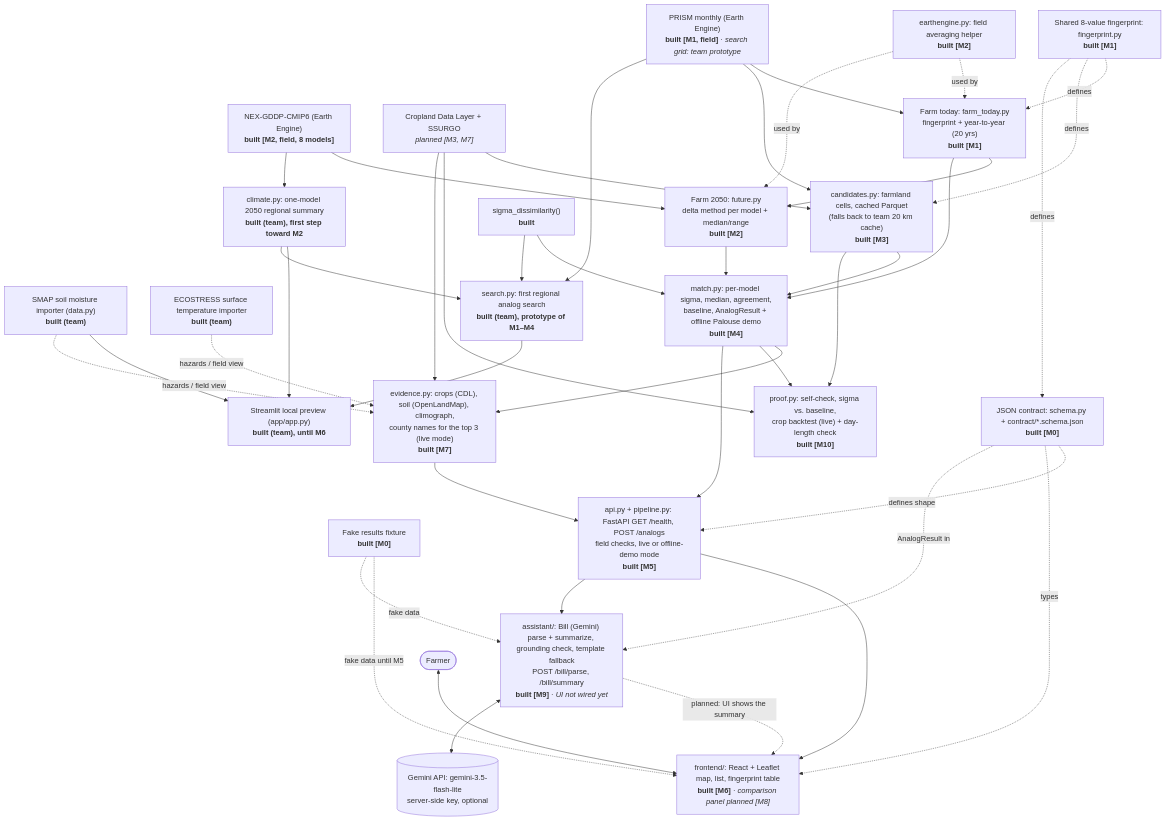
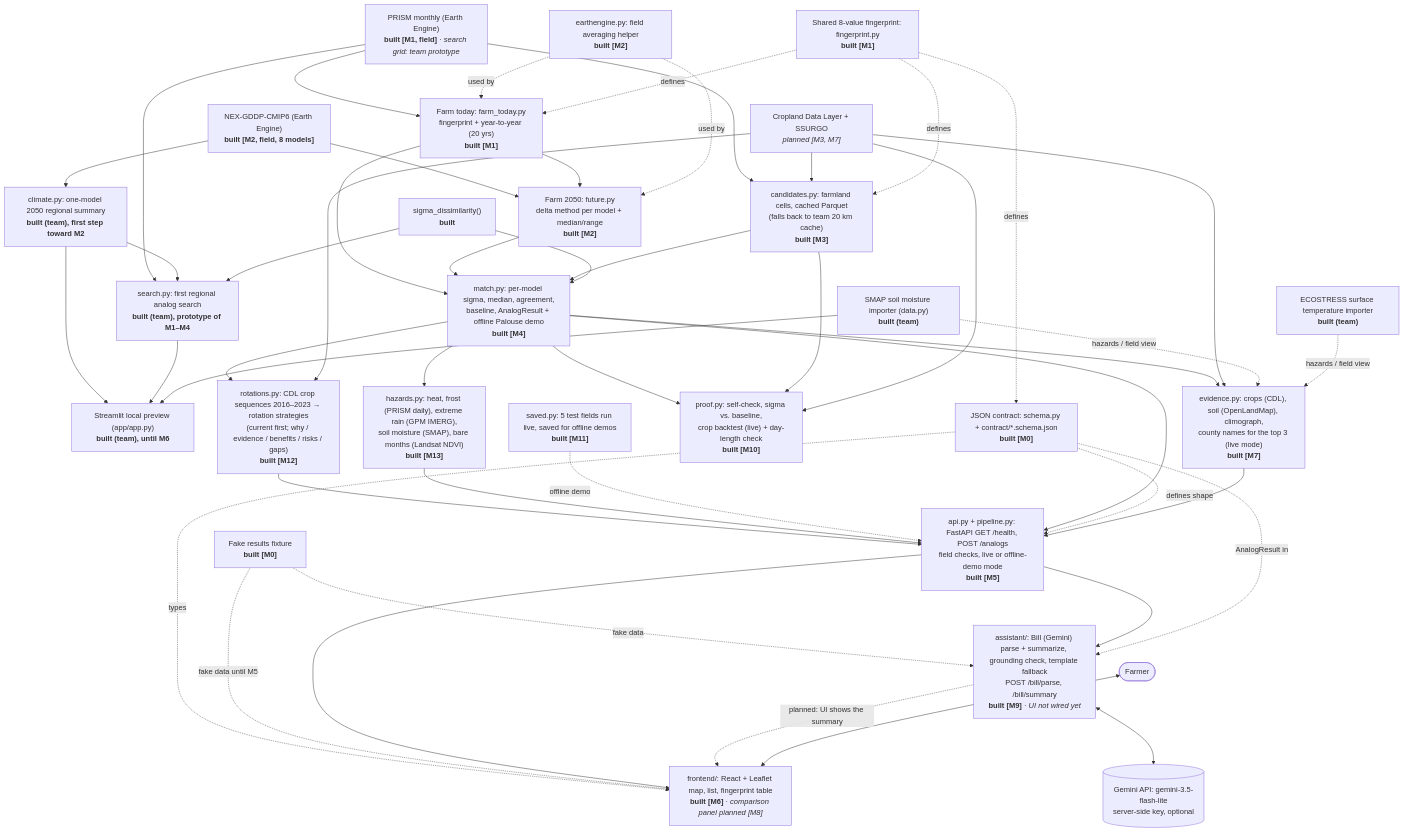
One commit to trafwel/farm-analog changed the diagram in docs/ARCHITECTURE.md. Above: the diagram before and after it, drawn with Mermaid. The commit also changed other lines of this file and 4 other files, not shown here.

First line of the commit message:
Record M11–M13 reviews, open issues, teach-back and architecture

````diff
--- a/docs/ARCHITECTURE.md
+++ b/docs/ARCHITECTURE.md
@@ -7,70 +7,79 @@
 ```mermaid
 flowchart TD
     PRISM["PRISM monthly (Earth Engine)<br/><b>built [M1, field]</b> · <i>search grid: team prototype</i>"]
     CMIP["NEX-GDDP-CMIP6 (Earth Engine)<br/><b>built [M2, field, 8 models]</b>"]
     CDL["Cropland Data Layer + SSURGO<br/><i>planned [M3, M7]</i>"]
     SMAP["SMAP soil moisture importer (data.py)<br/><b>built (team)</b>"]
     ECO["ECOSTRESS surface temperature importer<br/><b>built (team)</b>"]
     CLIM["climate.py: one-model 2050 regional summary<br/><b>built (team), first step toward M2</b>"]
     PREVIEW["Streamlit local preview (app/app.py)<br/><b>built (team), until M6</b>"]
     SEARCH["search.py: first regional analog search<br/><b>built (team), prototype of M1–M4</b>"]
 
     FT["Farm today: farm_today.py<br/>fingerprint + year-to-year (20 yrs)<br/><b>built [M1]</b>"]
     FPRINT["Shared 8-value fingerprint: fingerprint.py<br/><b>built [M1]</b>"]
     F50["Farm 2050: future.py<br/>delta method per model + median/range<br/><b>built [M2]</b>"]
     EEH["earthengine.py: field averaging helper<br/><b>built [M2]</b>"]
     CAND["candidates.py: farmland cells, cached Parquet<br/>(falls back to team 20 km cache)<br/><b>built [M3]</b>"]
     SIGMA["sigma_dissimilarity()<br/><b>built</b>"]
     MATCH["match.py: per-model sigma, median, agreement,<br/>baseline, AnalogResult + offline Palouse demo<br/><b>built [M4]</b>"]
+    SAVED["saved.py: 5 test fields run live, saved for offline demos<br/><b>built [M11]</b>"]
+    ROT["rotations.py: CDL crop sequences 2016–2023 → rotation strategies<br/>(current first; why / evidence / benefits / risks / gaps)<br/><b>built [M12]</b>"]
+    HAZ["hazards.py: heat, frost (PRISM daily), extreme rain (GPM IMERG),<br/>soil moisture (SMAP), bare months (Landsat NDVI)<br/><b>built [M13]</b>"]
     PROOF["proof.py: self-check, sigma vs. baseline,<br/>crop backtest (live) + day-length check<br/><b>built [M10]</b>"]
     EVID["evidence.py: crops (CDL), soil (OpenLandMap), climograph,<br/>county names for the top 3 (live mode)<br/><b>built [M7]</b>"]
 
     CONTRACT["JSON contract: schema.py + contract/*.schema.json<br/><b>built [M0]</b>"]
     FIX["Fake results fixture<br/><b>built [M0]</b>"]
     API["api.py + pipeline.py: FastAPI GET /health, POST /analogs<br/>field checks, live or offline-demo mode<br/><b>built [M5]</b>"]
     UI["frontend/: React + Leaflet map, list, fingerprint table<br/><b>built [M6]</b> · <i>comparison panel planned [M8]</i>"]
     BILL["assistant/: Bill (Gemini) parse + summarize, grounding check, template fallback<br/>POST /bill/parse, /bill/summary<br/><b>built [M9]</b> · <i>UI not wired yet</i>"]
     GEMINI[("Gemini API: gemini-3.5-flash-lite<br/>server-side key, optional")]
     FARMER(["Farmer"])
 
     PRISM --> FT
     PRISM --> CAND
     CMIP --> F50
     FT --> F50
     CDL --> CAND
     FT --> MATCH
     F50 --> MATCH
     CAND --> MATCH
     SIGMA --> MATCH
     MATCH --> EVID
     MATCH --> PROOF
+    MATCH --> ROT
+    CDL --> ROT
+    MATCH --> HAZ
+    ROT --> API
+    HAZ --> API
+    SAVED -. offline demo .-> API
     CAND --> PROOF
     CDL --> PROOF
     CDL --> EVID
     MATCH --> API
     EEH -. used by .-> FT
     EEH -. used by .-> F50
     FPRINT -. defines .-> FT
     FPRINT -. defines .-> CAND
     FPRINT -. defines .-> CONTRACT
     CMIP --> CLIM
     CLIM --> PREVIEW
     PRISM --> SEARCH
     CLIM --> SEARCH
     SIGMA --> SEARCH
     SEARCH --> PREVIEW
     SMAP --> PREVIEW
     SMAP -. hazards / field view .-> EVID
     ECO -. hazards / field view .-> EVID
     CONTRACT -. defines shape .-> API
     CONTRACT -. types .-> UI
     FIX -. fake data until M5 .-> UI
     FIX -. fake data .-> BILL
     EVID --> API
     API --> UI
     API --> BILL
     BILL -. planned: UI shows the summary .-> UI
     BILL <--> GEMINI
     CONTRACT -. AnalogResult in .-> BILL
     FARMER <--> UI
 ```
````
